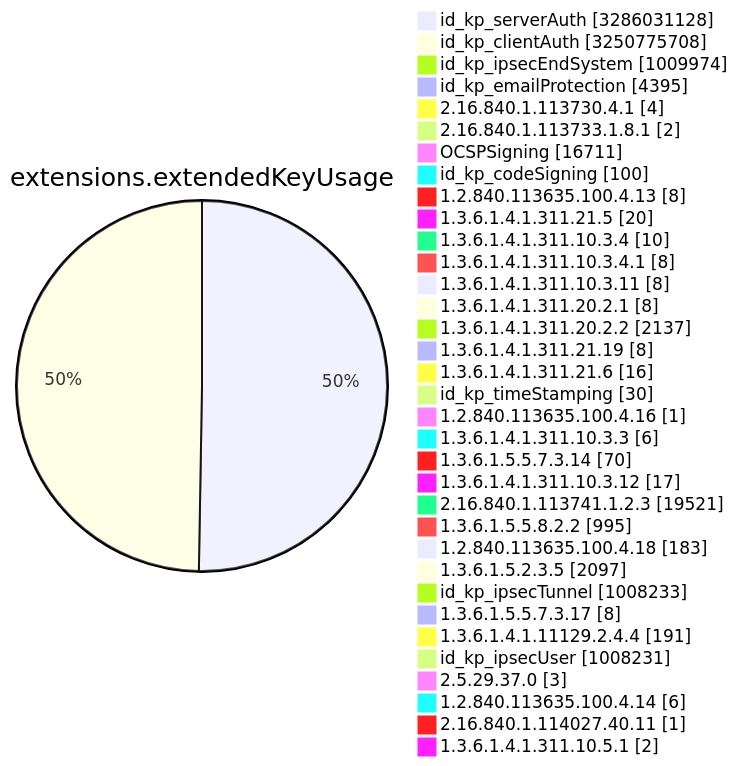
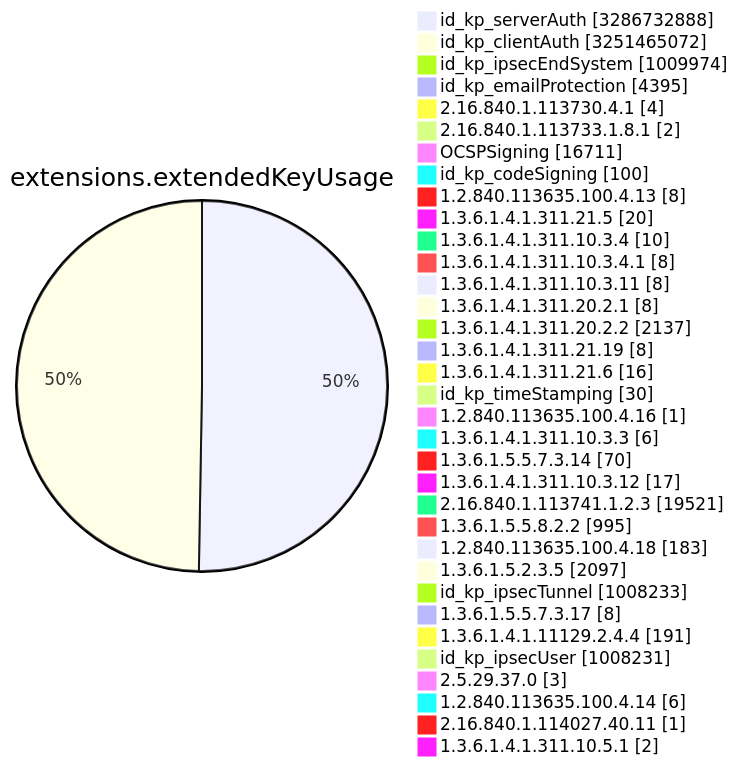
Before and after one commit to christiankrug/ctmonitor_visualization: diagram 11 of 15 in TOTAL/README.md, drawn with Mermaid. The commit also changed other lines of this file, not shown here.

````diff
--- a/TOTAL/README.md
+++ b/TOTAL/README.md
@@ -4119,38 +4119,38 @@
 ```mermaid
 pie showData
 title extensions.extendedKeyUsage
-"id_kp_serverAuth" :3286031128
-"id_kp_clientAuth" :3250775708
+"id_kp_serverAuth" :3286732888
+"id_kp_clientAuth" :3251465072
 "id_kp_ipsecEndSystem" :1009974
 "id_kp_emailProtection" :4395
 "2.16.840.1.113730.4.1" :4
 "2.16.840.1.113733.1.8.1" :2
 "OCSPSigning" :16711
 "id_kp_codeSigning" :100
 "1.2.840.113635.100.4.13" :8
 "1.3.6.1.4.1.311.21.5" :20
 "1.3.6.1.4.1.311.10.3.4" :10
 "1.3.6.1.4.1.311.10.3.4.1" :8
 "1.3.6.1.4.1.311.10.3.11" :8
 "1.3.6.1.4.1.311.20.2.1" :8
 "1.3.6.1.4.1.311.20.2.2" :2137
 "1.3.6.1.4.1.311.21.19" :8
 "1.3.6.1.4.1.311.21.6" :16
 "id_kp_timeStamping" :30
 "1.2.840.113635.100.4.16" :1
 "1.3.6.1.4.1.311.10.3.3" :6
 "1.3.6.1.5.5.7.3.14" :70
 "1.3.6.1.4.1.311.10.3.12" :17
 "2.16.840.1.113741.1.2.3" :19521
 "1.3.6.1.5.5.8.2.2" :995
 "1.2.840.113635.100.4.18" :183
 "1.3.6.1.5.2.3.5" :2097
 "id_kp_ipsecTunnel" :1008233
 "1.3.6.1.5.5.7.3.17" :8
 "1.3.6.1.4.1.11129.2.4.4" :191
 "id_kp_ipsecUser" :1008231
 "2.5.29.37.0" :3
 "1.2.840.113635.100.4.14" :6
 "2.16.840.1.114027.40.11" :1
 "1.3.6.1.4.1.311.10.5.1" :2
 ```
````
